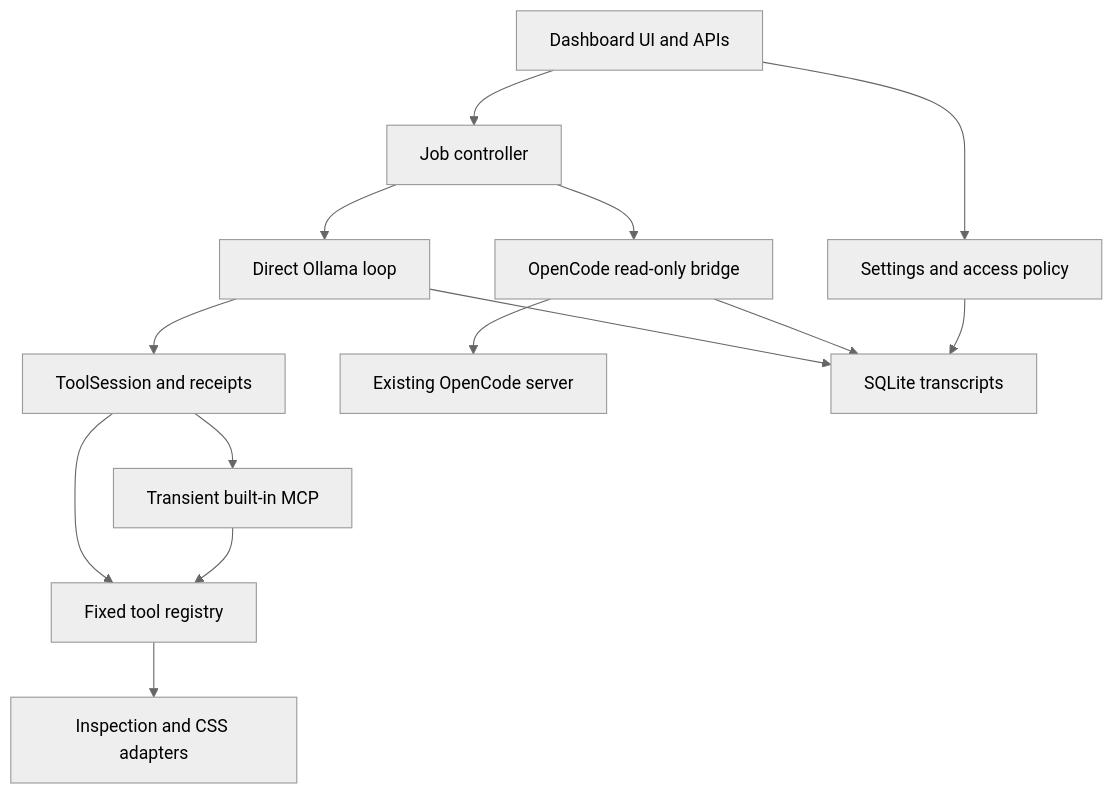
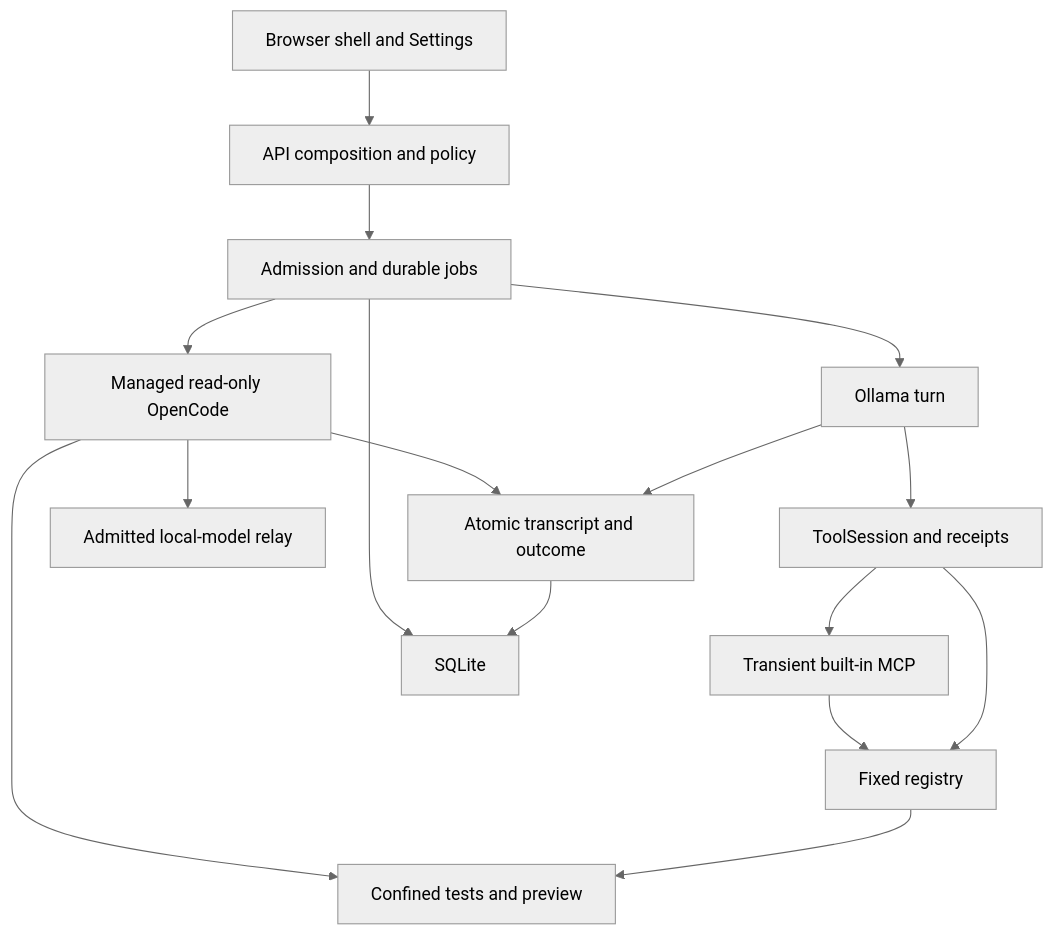
The first of 2 diagrams in docs/SYSTEM_RELATIONSHIPS.md (Dr-Dark92/SMELTER), drawn with Mermaid (neutral theme) before and after one commit. The commit also changed other lines of this file and 57 other files, not shown here.

````diff
--- a/docs/SYSTEM_RELATIONSHIPS.md
+++ b/docs/SYSTEM_RELATIONSHIPS.md
@@ -27,16 +20,18 @@
 ```mermaid
 flowchart TD
-  UI["Dashboard UI and APIs"] --> J["Job controller"]
-  UI --> CFG["Settings and access policy"]
-  J --> O["Direct Ollama loop"]
-  J --> C["OpenCode read-only bridge"]
-  O --> TS["ToolSession and receipts"]
-  TS --> R["Fixed tool registry"]
-  TS --> M["Transient built-in MCP"]
-  M --> R
-  R --> A["Inspection and CSS adapters"]
-  C --> OC["Existing OpenCode server"]
-  O --> DB["SQLite transcripts"]
-  C --> DB
-  CFG --> DB
+  UI["Browser shell and Settings"] --> API["API composition and policy"]
+  API --> JOB["Admission and durable jobs"]
+  JOB --> DIRECT["Ollama turn"]
+  JOB --> AGENT["Managed read-only OpenCode"]
+  DIRECT --> TOOLS["ToolSession and receipts"]
+  TOOLS --> REG["Fixed registry"]
+  TOOLS --> MCP["Transient built-in MCP"]
+  MCP --> REG
+  REG --> BOX["Confined tests and preview"]
+  AGENT --> BOX
+  AGENT --> MODEL["Admitted local-model relay"]
+  DIRECT --> FINAL["Atomic transcript and outcome"]
+  AGENT --> FINAL
+  FINAL --> SQL["SQLite"]
+  JOB --> SQL
 ```
````
